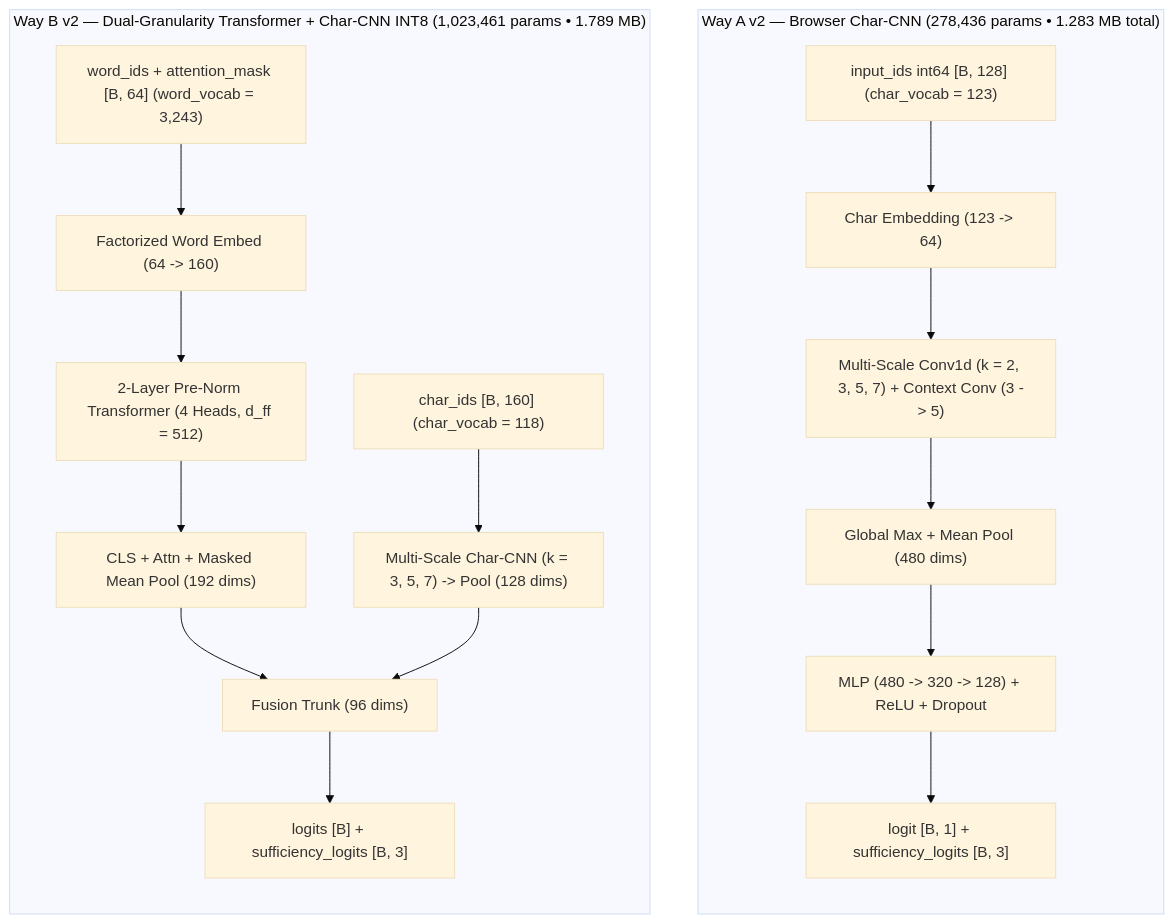
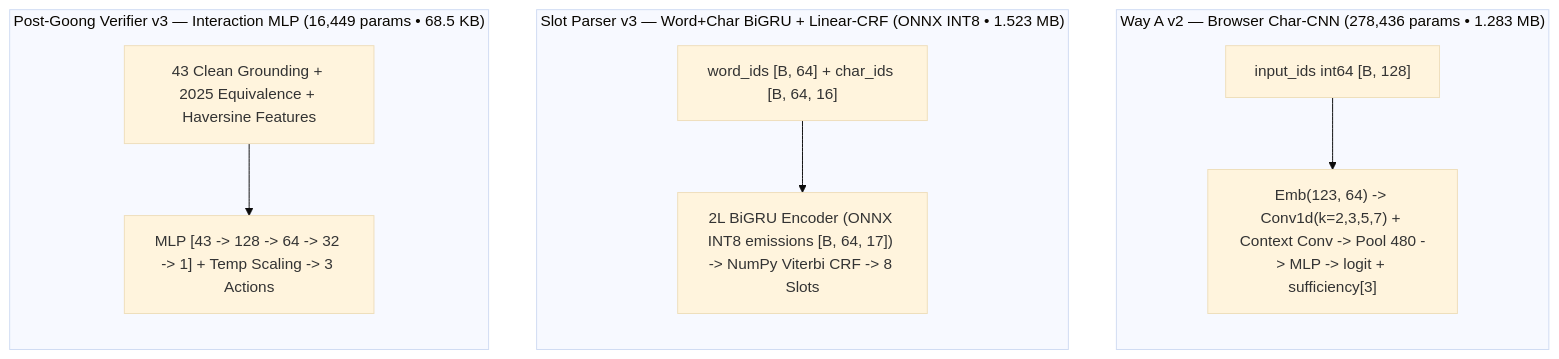
Before and after one commit to HTL2910/laya_address_vn: the second of 3 diagrams in README.md, drawn with Mermaid (base theme). The commit also changed other lines of this file and 64 other files, not shown here.

Commit message:
feat(v3): add Telex/SymSpell 2025 converter, Post-Goong Verifier ONNX, BIO-NER INT8 Slot Parser, and Webcake Drop-in Widget

````diff
--- a/README.md
+++ b/README.md
@@ -27,22 +29,17 @@
 ```mermaid
 flowchart TD
-  subgraph WA["Way A v2 — Browser Char-CNN (278,436 params • 1.283 MB total)"]
+  subgraph WA["Way A v2 — Browser Char-CNN (278,436 params • 1.283 MB)"]
     direction TB
-    WA1["input_ids int64 [B, 128] (char_vocab = 123)"] --> WA2["Char Embedding (123 -> 64)"]
-    WA2 --> WA3["Multi-Scale Conv1d (k = 2, 3, 5, 7) + Context Conv (3 -> 5)"]
-    WA3 --> WA4["Global Max + Mean Pool (480 dims)"]
-    WA4 --> WA5["MLP (480 -> 320 -> 128) + ReLU + Dropout"]
-    WA5 --> WA6["logit [B, 1] + sufficiency_logits [B, 3]"]
+    WA1["input_ids int64 [B, 128]"] --> WA2["Emb(123, 64) -> Conv1d(k=2,3,5,7) + Context Conv -> Pool 480 -> MLP -> logit + sufficiency[3]"]
   end
 
-  subgraph WB["Way B v2 — Dual-Granularity Transformer + Char-CNN INT8 (1,023,461 params • 1.789 MB)"]
+  subgraph SP["Slot Parser v3 — Word+Char BiGRU + Linear-CRF (ONNX INT8 • 1.523 MB)"]
     direction TB
-    WBW1["word_ids + attention_mask [B, 64] (word_vocab = 3,243)"] --> WBW2["Factorized Word Embed (64 -> 160)"]
-    WBW2 --> WBW3["2-Layer Pre-Norm Transformer (4 Heads, d_ff = 512)"]
-    WBW3 --> WBW4["CLS + Attn + Masked Mean Pool (192 dims)"]
-    WBC1["char_ids [B, 160] (char_vocab = 118)"] --> WBC2["Multi-Scale Char-CNN (k = 3, 5, 7) -> Pool (128 dims)"]
-    WBW4 --> WBJ["Fusion Trunk (96 dims)"]
-    WBC2 --> WBJ
-    WBJ --> WBO["logits [B] + sufficiency_logits [B, 3]"]
+    SP1["word_ids [B, 64] + char_ids [B, 64, 16]"] --> SP2["2L BiGRU Encoder (ONNX INT8 emissions [B, 64, 17]) -> NumPy Viterbi CRF -> 8 Slots"]
+  end
+
+  subgraph PG["Post-Goong Verifier v3 — Interaction MLP (16,449 params • 68.5 KB)"]
+    direction TB
+    PG1["43 Clean Grounding + 2025 Equivalence + Haversine Features"] --> PG2["MLP [43 -> 128 -> 64 -> 32 -> 1] + Temp Scaling -> 3 Actions"]
   end
 ```
````
